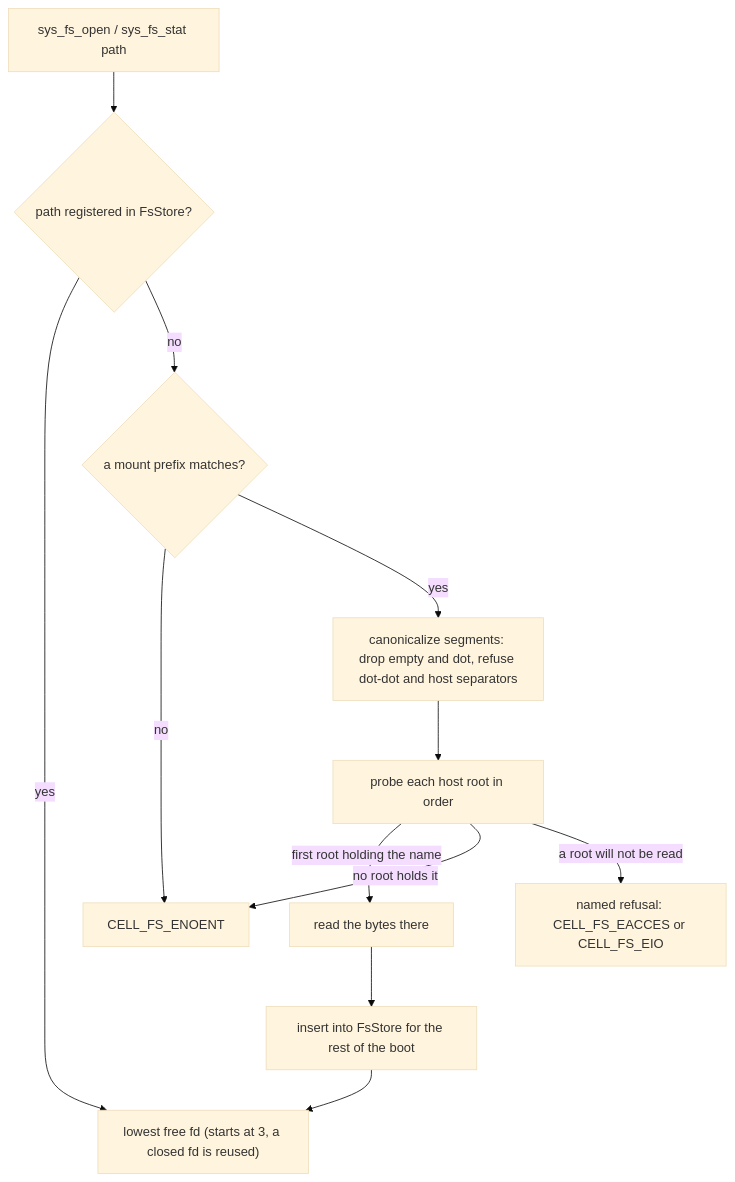
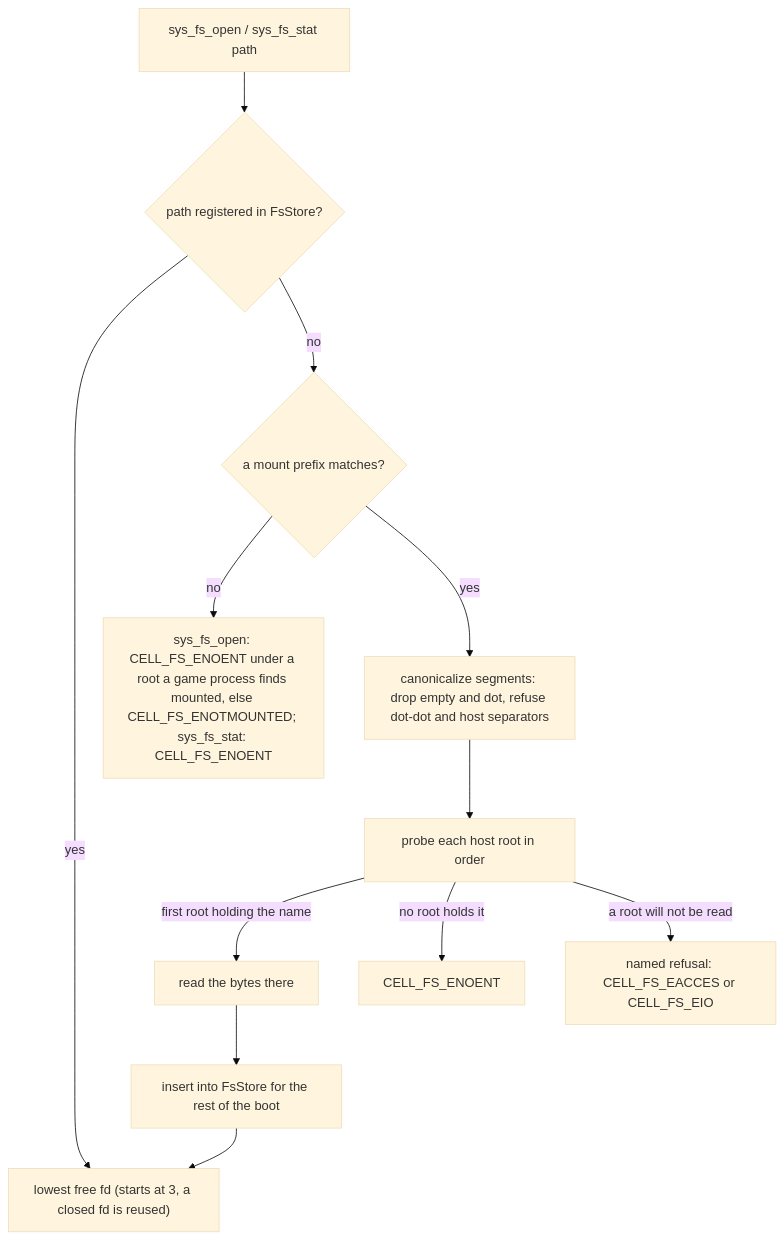
Before and after one commit to RoyalAce22/CellGov: the fourth of 4 diagrams in docs/architecture/lv2_host.md, drawn with Mermaid (base theme). The commit also changed 25 other files, not shown here.

Commit message:
fix(lv2): answer ENOTMOUNTED on unmounted roots and cap fds at 255

````diff
--- a/docs/architecture/lv2_host.md
+++ b/docs/architecture/lv2_host.md
@@ -533,13 +533,13 @@
 ```mermaid
 flowchart TD
   open["sys_fs_open / sys_fs_stat path"] --> blob{"path registered in FsStore?"}
   blob -->|yes| fd["lowest free fd (starts at 3, a closed fd is reused)"]
   blob -->|no| mount{"a mount prefix matches?"}
-  mount -->|no| enoent["CELL_FS_ENOENT"]
+  mount -->|no| unmounted["sys_fs_open: CELL_FS_ENOENT under a root a game process finds mounted, else CELL_FS_ENOTMOUNTED; sys_fs_stat: CELL_FS_ENOENT"]
   mount -->|yes| canon["canonicalize segments: drop empty and dot, refuse dot-dot and host separators"]
   canon --> probe["probe each host root in order"]
   probe -->|first root holding the name| host["read the bytes there"]
   host --> cache["insert into FsStore for the rest of the boot"] --> fd
-  probe -->|no root holds it| enoent
+  probe -->|no root holds it| enoent["CELL_FS_ENOENT"]
   probe -->|a root will not be read| refuse["named refusal: CELL_FS_EACCES or CELL_FS_EIO"]
 ```
````
